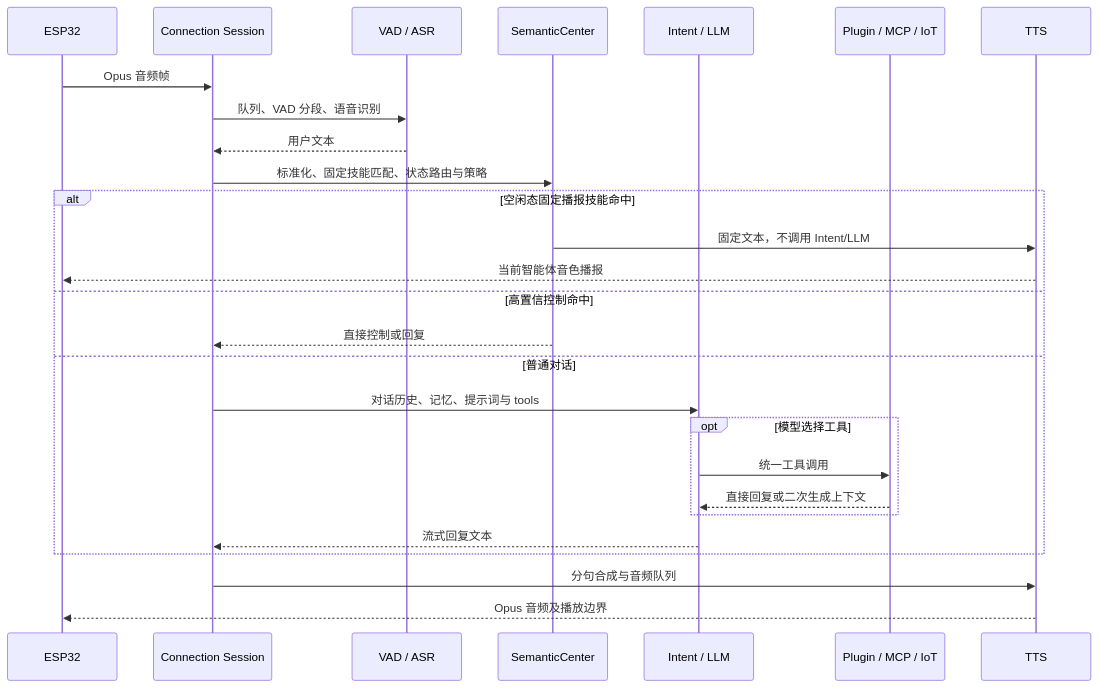
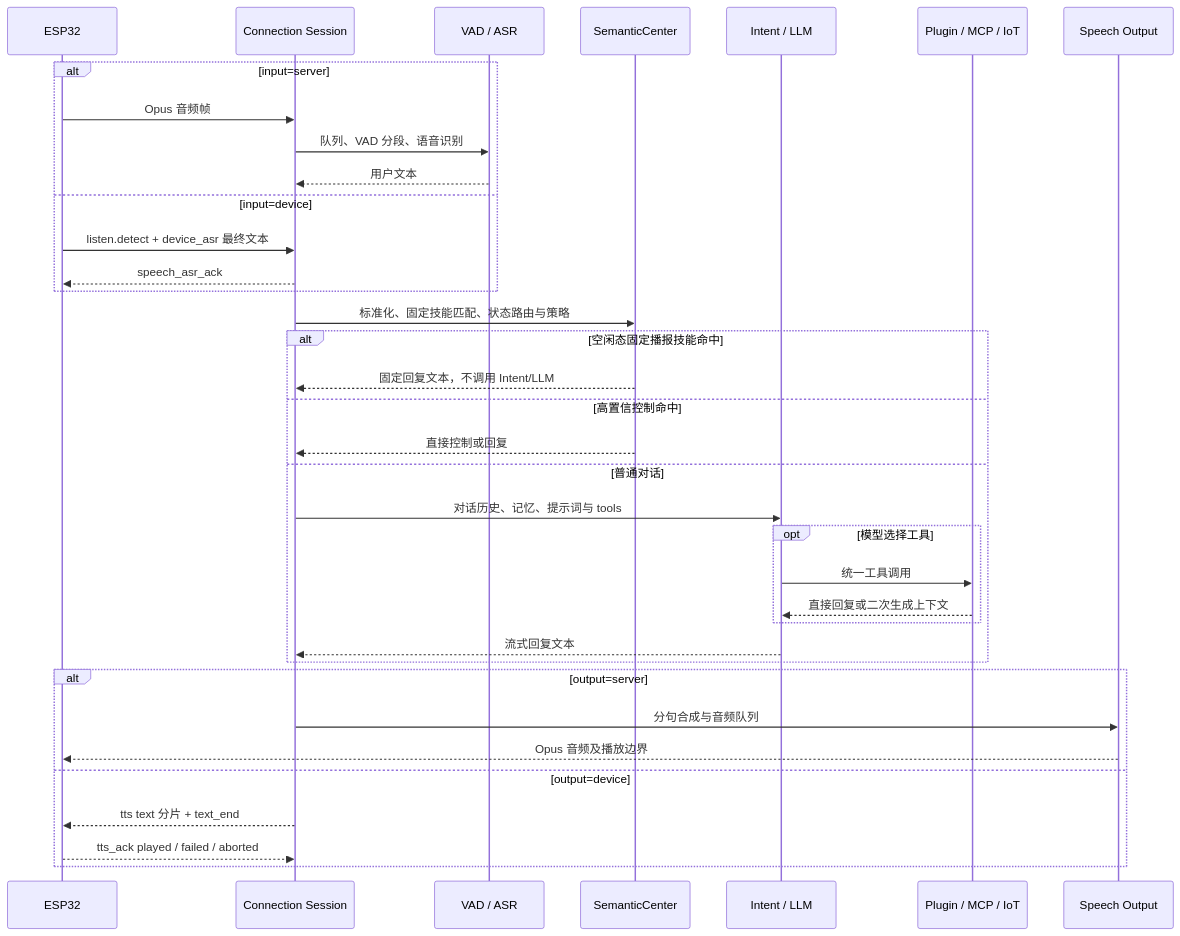
One commit to ruirui688/xiaozhiserver changed the third of 4 diagrams in docs/architecture/runtime-flows.md. Above: the diagram before and after it, drawn with Mermaid. The commit also changed other lines of this file and 48 other files, not shown here.

Commit message:
feat: add device speech routing

````diff
--- a/docs/architecture/runtime-flows.md
+++ b/docs/architecture/runtime-flows.md
@@ -103,29 +129,38 @@
 ```mermaid
 sequenceDiagram
     participant D as ESP32
     participant S as Connection Session
     participant ASR as VAD / ASR
     participant SEM as SemanticCenter
     participant LLM as Intent / LLM
     participant TOOL as Plugin / MCP / IoT
-    participant TTS as TTS
-    D->>S: Opus 音频帧
-    S->>ASR: 队列、VAD 分段、语音识别
-    ASR-->>S: 用户文本
+    participant TTS as Speech Output
+    alt input=server
+        D->>S: Opus 音频帧
+        S->>ASR: 队列、VAD 分段、语音识别
+        ASR-->>S: 用户文本
+    else input=device
+        D->>S: listen.detect + device_asr 最终文本
+        S-->>D: speech_asr_ack
+    end
     S->>SEM: 标准化、固定技能匹配、状态路由与策略
     alt 空闲态固定播报技能命中
-        SEM->>TTS: 固定文本，不调用 Intent/LLM
-        TTS-->>D: 当前智能体音色播报
+        SEM-->>S: 固定回复文本，不调用 Intent/LLM
     else 高置信控制命中
         SEM-->>S: 直接控制或回复
     else 普通对话
         S->>LLM: 对话历史、记忆、提示词与 tools
         opt 模型选择工具
             LLM->>TOOL: 统一工具调用
             TOOL-->>LLM: 直接回复或二次生成上下文
         end
         LLM-->>S: 流式回复文本
     end
-    S->>TTS: 分句合成与音频队列
-    TTS-->>D: Opus 音频及播放边界
+    alt output=server
+        S->>TTS: 分句合成与音频队列
+        TTS-->>D: Opus 音频及播放边界
+    else output=device
+        S-->>D: tts text 分片 + text_end
+        D-->>S: tts_ack played / failed / aborted
+    end
 ```
````
